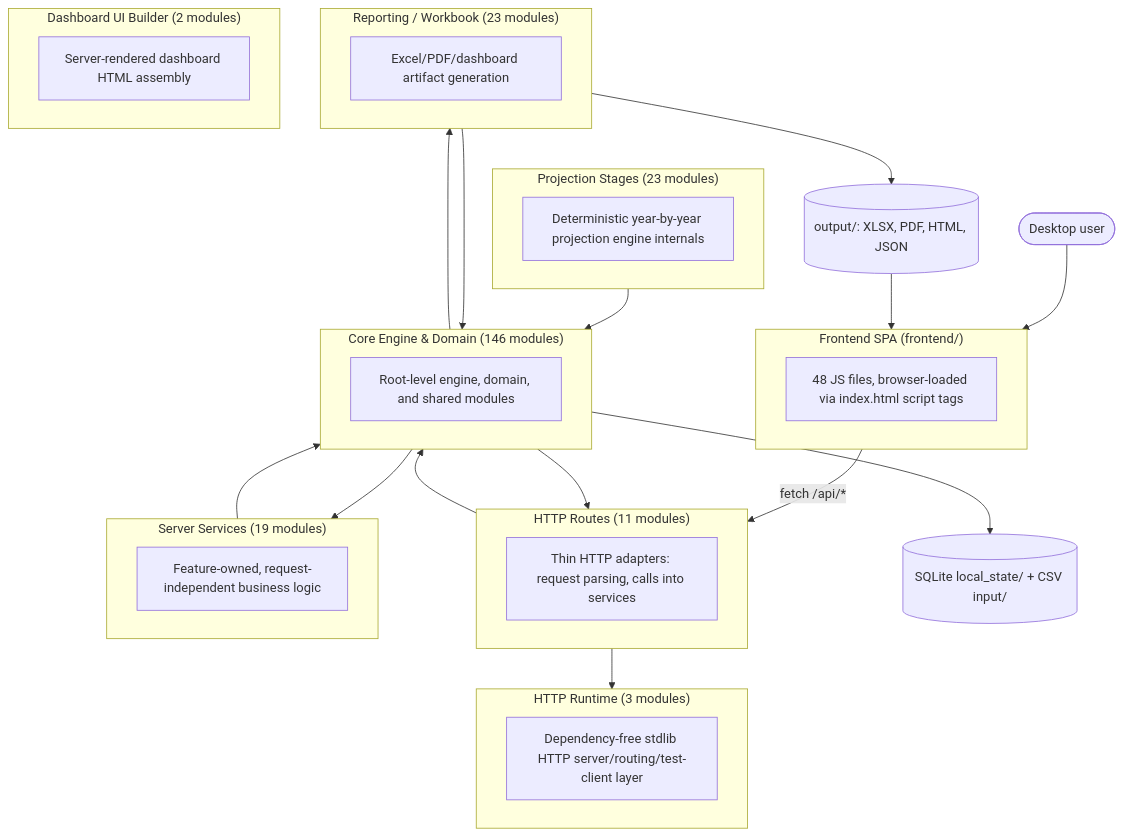
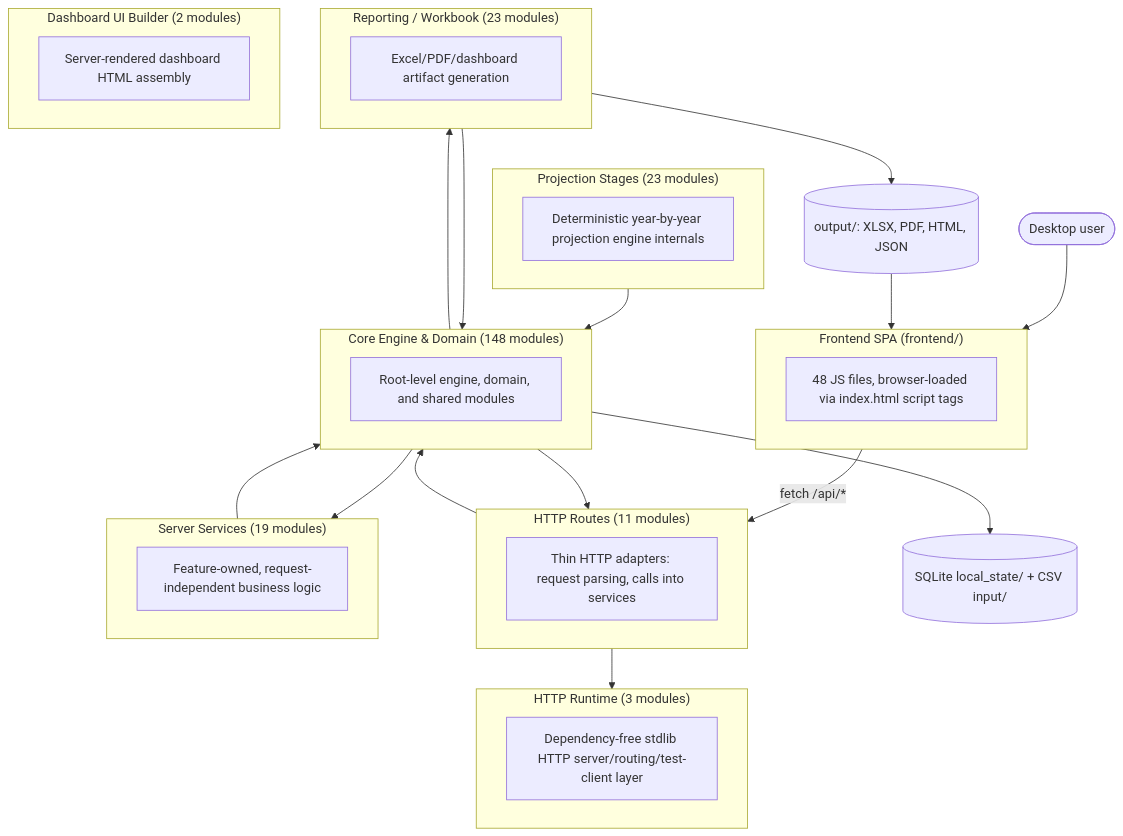
One commit to matthartzman/retirement_system changed the first of 2 diagrams in documentation/reference/SYSTEM_ARCHITECTURE_DIAGRAM.md. Above: the diagram before and after it, drawn with Mermaid. The commit also changed other lines of this file and 35 other files, not shown here.

First line of the commit message:
WP6.3a: SpendingRepo and plan.db schema v3 (spending taxonomy and aliases); conversion step C4b

````diff
--- a/documentation/reference/SYSTEM_ARCHITECTURE_DIAGRAM.md
+++ b/documentation/reference/SYSTEM_ARCHITECTURE_DIAGRAM.md
@@ -11,40 +11,40 @@
 ```mermaid
 flowchart TB
     User(["Desktop user"]) --> FE
     subgraph FE["Frontend SPA (frontend/)"]
         FEcount["48 JS files, browser-loaded via index.html script tags"]
     end
     FE -->|fetch /api/*| L_HTTP_Routes
     subgraph L_HTTP_Routes["HTTP Routes (11 modules)"]
         L_HTTP_Routes_d["Thin HTTP adapters: request parsing, calls into services"]
     end
     subgraph L_Server_Services["Server Services (19 modules)"]
         L_Server_Services_d["Feature-owned, request-independent business logic"]
     end
     subgraph L_HTTP_Runtime["HTTP Runtime (3 modules)"]
         L_HTTP_Runtime_d["Dependency-free stdlib HTTP server/routing/test-client layer"]
     end
-    subgraph L_Core_Engine___Domain["Core Engine & Domain (146 modules)"]
+    subgraph L_Core_Engine___Domain["Core Engine & Domain (148 modules)"]
         L_Core_Engine___Domain_d["Root-level engine, domain, and shared modules"]
     end
     subgraph L_Projection_Stages["Projection Stages (23 modules)"]
         L_Projection_Stages_d["Deterministic year-by-year projection engine internals"]
     end
     subgraph L_Reporting___Workbook["Reporting / Workbook (23 modules)"]
         L_Reporting___Workbook_d["Excel/PDF/dashboard artifact generation"]
     end
     subgraph L_Dashboard_UI_Builder["Dashboard UI Builder (2 modules)"]
         L_Dashboard_UI_Builder_d["Server-rendered dashboard HTML assembly"]
     end
     L_Core_Engine___Domain --> L_HTTP_Routes
     L_Core_Engine___Domain --> L_Reporting___Workbook
     L_Core_Engine___Domain --> L_Server_Services
     L_HTTP_Routes --> L_Core_Engine___Domain
     L_HTTP_Routes --> L_HTTP_Runtime
     L_Projection_Stages --> L_Core_Engine___Domain
     L_Reporting___Workbook --> L_Core_Engine___Domain
     L_Server_Services --> L_Core_Engine___Domain
     L_Core_Engine___Domain --> DB[("SQLite local_state/ + CSV input/")]
     L_Reporting___Workbook --> Outputs[("output/: XLSX, PDF, HTML, JSON")]
     Outputs --> FE
 ```
````
